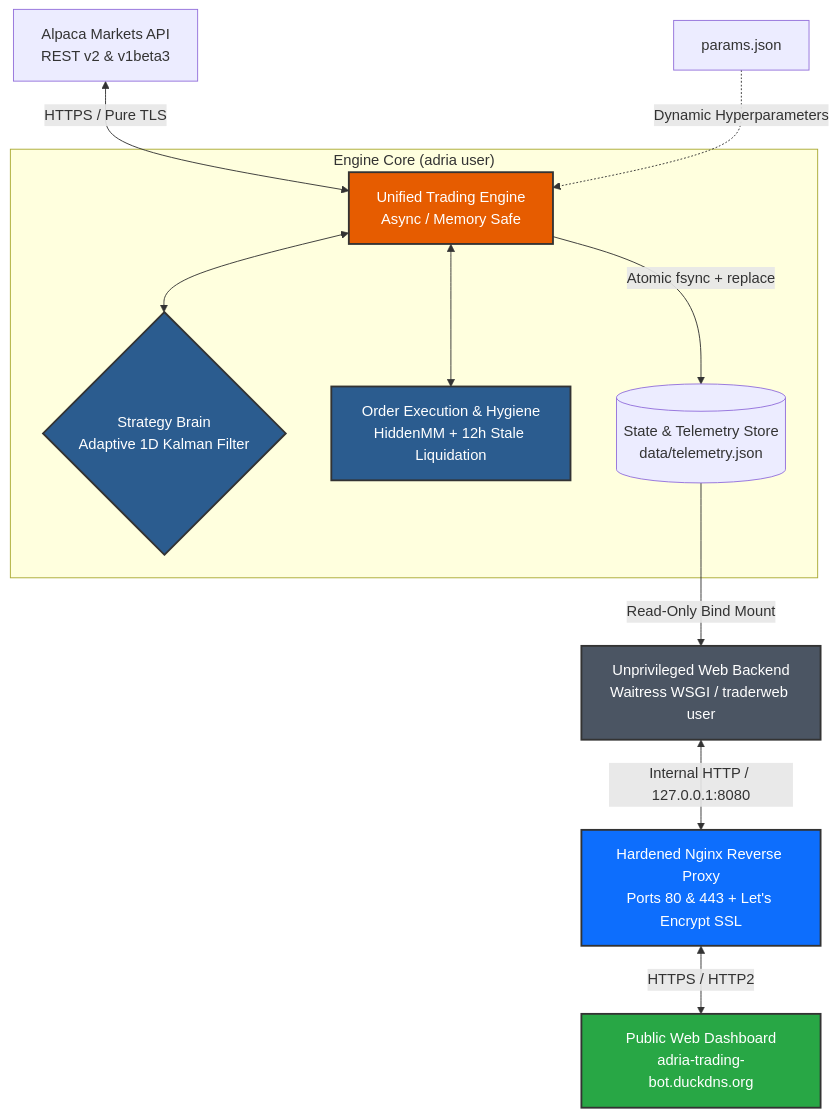
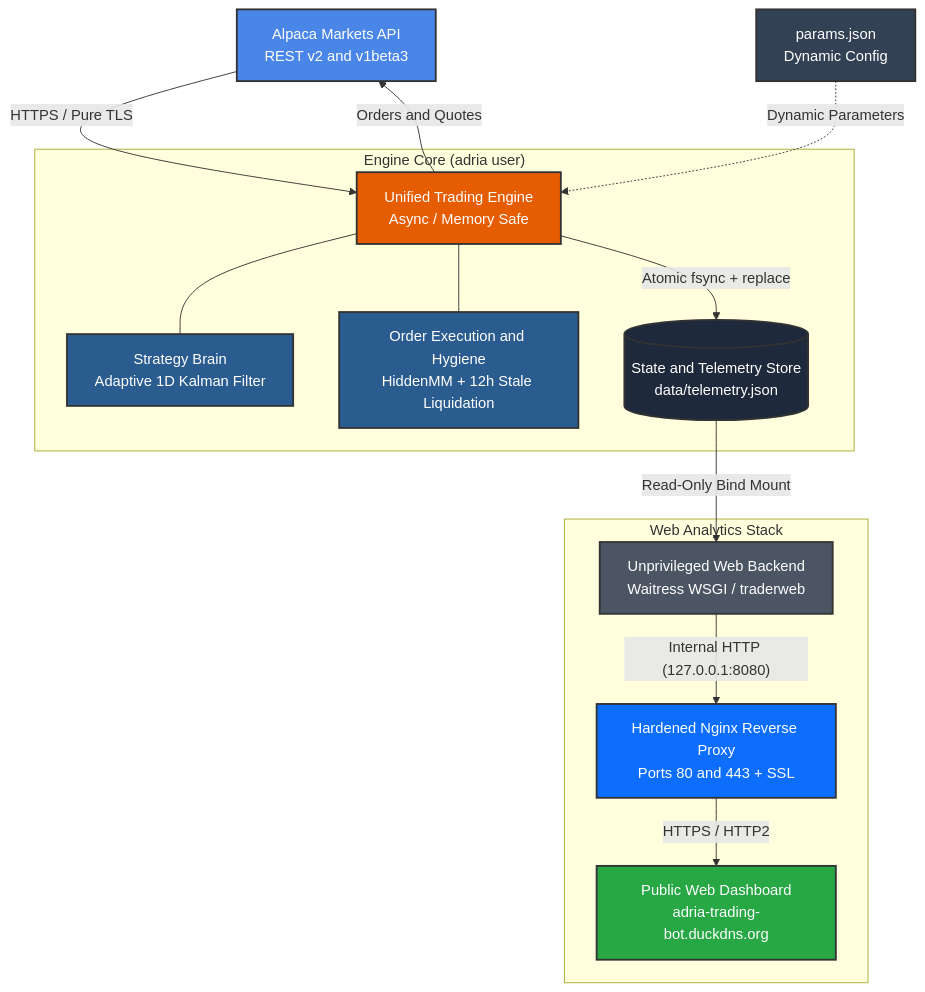
One commit to 4DR1455/anomalies_trading_algorithm_II changed the first of 3 diagrams in README.md. Above: the diagram before and after it, drawn with Mermaid.

Commit message:
docs(readme): fix Mermaid System Architecture diagram syntax & rendering

````diff
--- a/README.md
+++ b/README.md
@@ -20,22 +20,41 @@
 ```mermaid
 flowchart TD
-    A["Alpaca Markets API<br/>REST v2 & v1beta3"] <-->|HTTPS / Pure TLS| B["Unified Trading Engine<br/>Async / Memory Safe"]
-    
+    A["Alpaca Markets API<br/>REST v2 and v1beta3"]
+    G["params.json<br/>Dynamic Config"]
+
     subgraph EngineCore ["Engine Core (adria user)"]
-        B <--> C{"Strategy Brain<br/>Adaptive 1D Kalman Filter"}
-        B <--> H["Order Execution & Hygiene<br/>HiddenMM + 12h Stale Liquidation"]
-        B -->|Atomic fsync + replace| S[("State & Telemetry Store<br/>data/telemetry.json")]
+        B["Unified Trading Engine<br/>Async / Memory Safe"]
+        C["Strategy Brain<br/>Adaptive 1D Kalman Filter"]
+        H["Order Execution and Hygiene<br/>HiddenMM + 12h Stale Liquidation"]
+        S[("State and Telemetry Store<br/>data/telemetry.json")]
+
+        B --- C
+        B --- H
+        B -- "Atomic fsync + replace" --> S
     end
 
-    S -->|Read-Only Bind Mount| D["Unprivileged Web Backend<br/>Waitress WSGI / traderweb user"]
-    D <-->|Internal HTTP / 127.0.0.1:8080| E["Hardened Nginx Reverse Proxy<br/>Ports 80 & 443 + Let's Encrypt SSL"]
-    E <-->|HTTPS / HTTP2| F["Public Web Dashboard<br/>adria-trading-bot.duckdns.org"]
-    G["params.json"] -.->|Dynamic Hyperparameters| B
+    A -- "HTTPS / Pure TLS" --> B
+    B -- "Orders and Quotes" --> A
+    G -. "Dynamic Parameters" .-> B
 
+    subgraph WebStack ["Web Analytics Stack"]
+        D["Unprivileged Web Backend<br/>Waitress WSGI / traderweb"]
+        E["Hardened Nginx Reverse Proxy<br/>Ports 80 and 443 + SSL"]
+        F["Public Web Dashboard<br/>adria-trading-bot.duckdns.org"]
+
+        D -- "Internal HTTP (127.0.0.1:8080)" --> E
+        E -- "HTTPS / HTTP2" --> F
+    end
+
+    S -- "Read-Only Bind Mount" --> D
+
+    style A fill:#4a86e8,stroke:#333,stroke-width:2px,color:white
     style B fill:#e65c00,stroke:#333,stroke-width:2px,color:white
     style C fill:#2b5c8f,stroke:#333,stroke-width:2px,color:white
     style H fill:#2b5c8f,stroke:#333,stroke-width:2px,color:white
+    style S fill:#1e293b,stroke:#333,stroke-width:2px,color:white
+    style D fill:#4b5563,stroke:#333,stroke-width:2px,color:white
     style E fill:#0d6efd,stroke:#333,stroke-width:2px,color:white
     style F fill:#28a745,stroke:#333,stroke-width:2px,color:white
-    style D fill:#4b5563,stroke:#333,stroke-width:2px,color:white
+    style G fill:#334155,stroke:#333,stroke-width:2px,color:white
 ```
````
